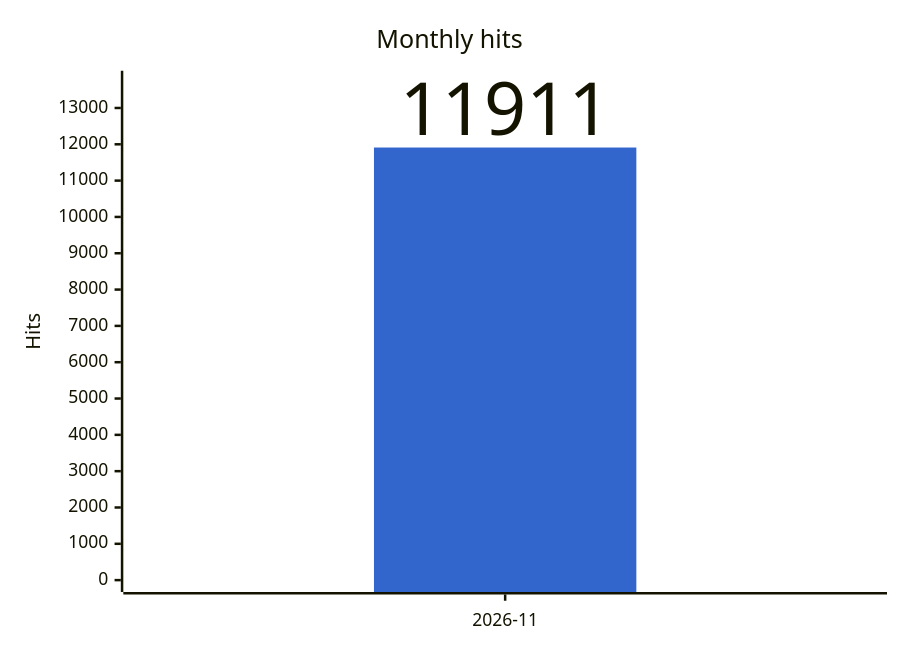
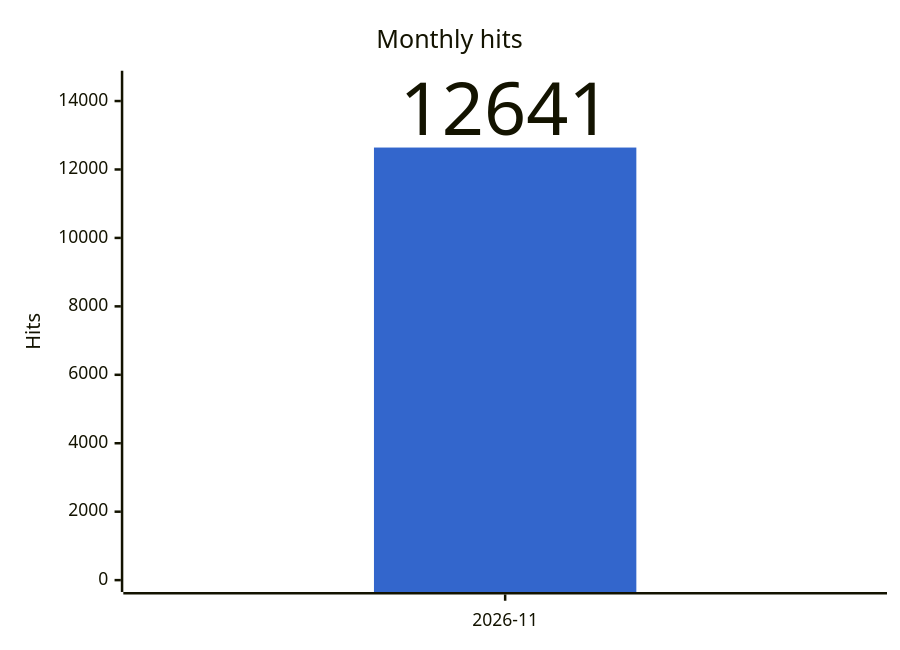
Before and after one commit to gmoulard/wikipedia2book: the third of 3 diagrams in docs/stats.md, drawn with Mermaid. The commit also changed other lines of this file and 2 other files, not shown here.

````diff
--- a/docs/stats.md
+++ b/docs/stats.md
@@ -39,8 +39,8 @@
 ```mermaid
 %%{init: {"xyChart": {"width": 700, "showDataLabel": true, "showDataLabelOutsideBar": true}, "themeVariables": {"xyChart": {"plotColorPalette": "#3366cc"}}}}%%
 xychart-beta
     title "Monthly hits"
     x-axis ["2026-11"]
-    y-axis "Hits" 0 --> 13698
-    bar [11911]
+    y-axis "Hits" 0 --> 14538
+    bar [12641]
 ```
````
